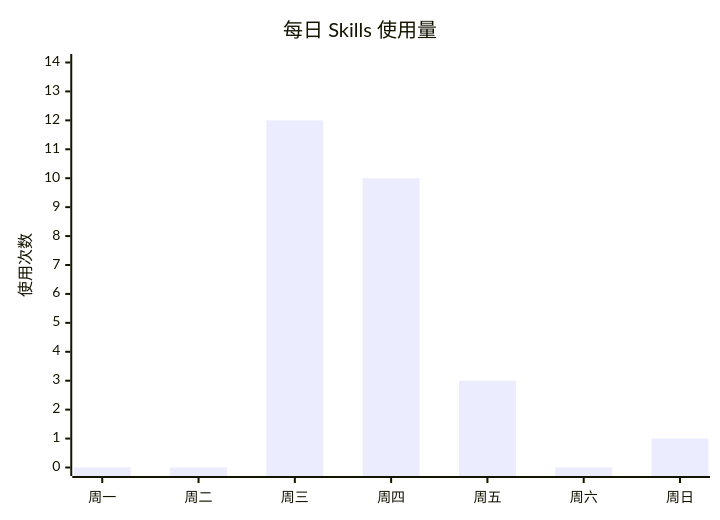
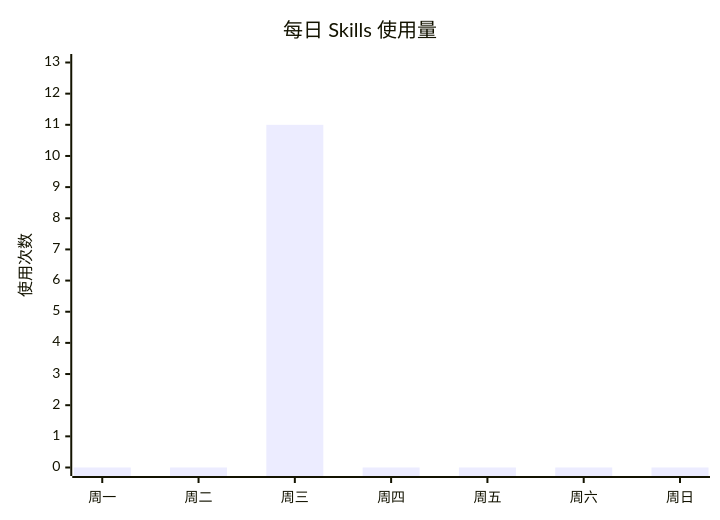
The first of 2 diagrams in 10_Work/skills_weekly_reports/Skills周报_W12_2026_0316.md (leoliu20001120/leooo), drawn with Mermaid before and after one commit. The commit also changed other lines of this file and 27 other files, not shown here.

````diff
--- a/10_Work/skills_weekly_reports/Skills周报_W12_2026_0316.md
+++ b/10_Work/skills_weekly_reports/Skills周报_W12_2026_0316.md
@@ -48,7 +49,7 @@
 ```mermaid
 xychart-beta
     title "每日 Skills 使用量"
     x-axis ["周一", "周二", "周三", "周四", "周五", "周六", "周日"]
-    y-axis "使用次数" 0 --> 14
-    bar [0, 0, 12, 10, 3, 0, 1]
+    y-axis "使用次数" 0 --> 13
+    bar [0, 0, 11, 0, 0, 0, 0]
 ```
````
